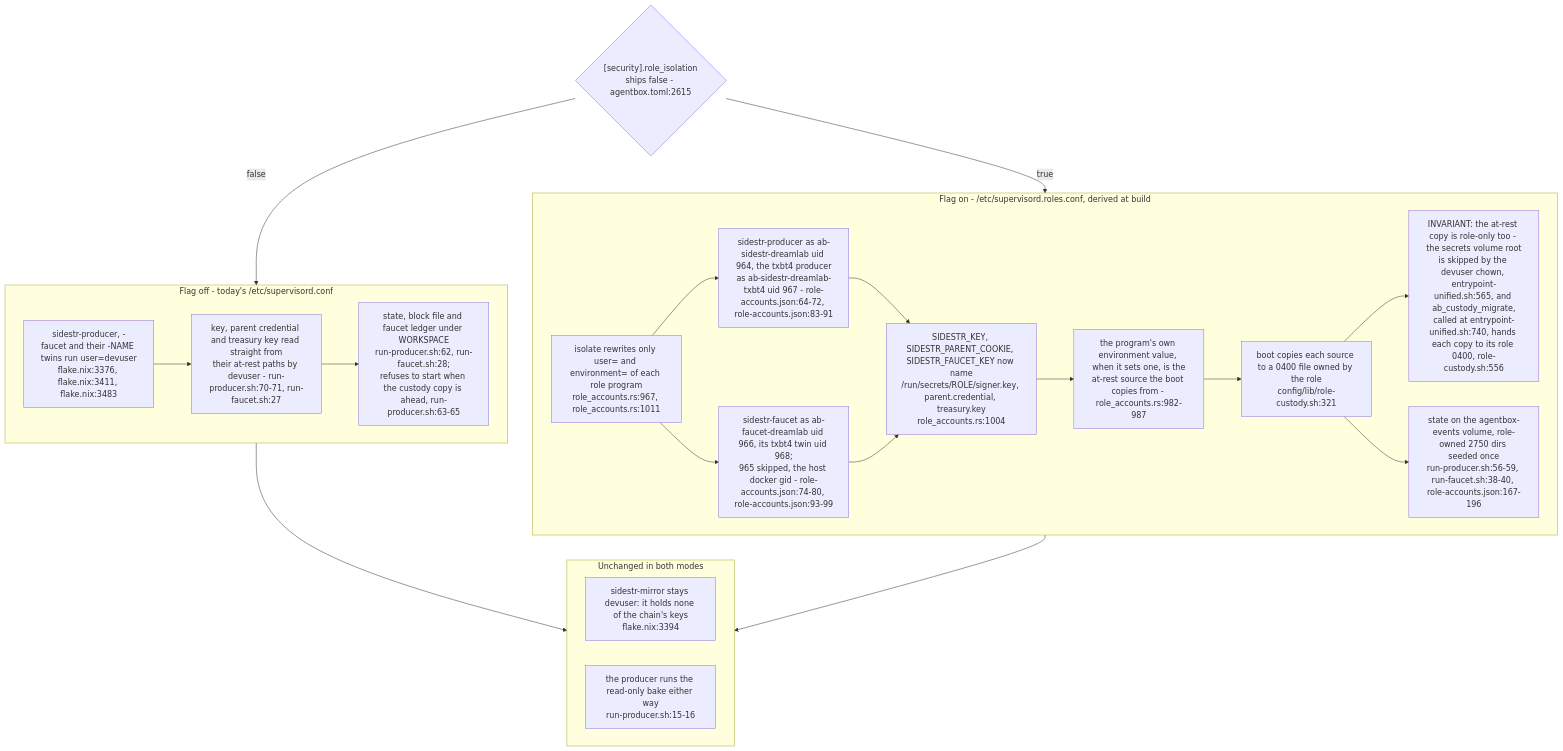
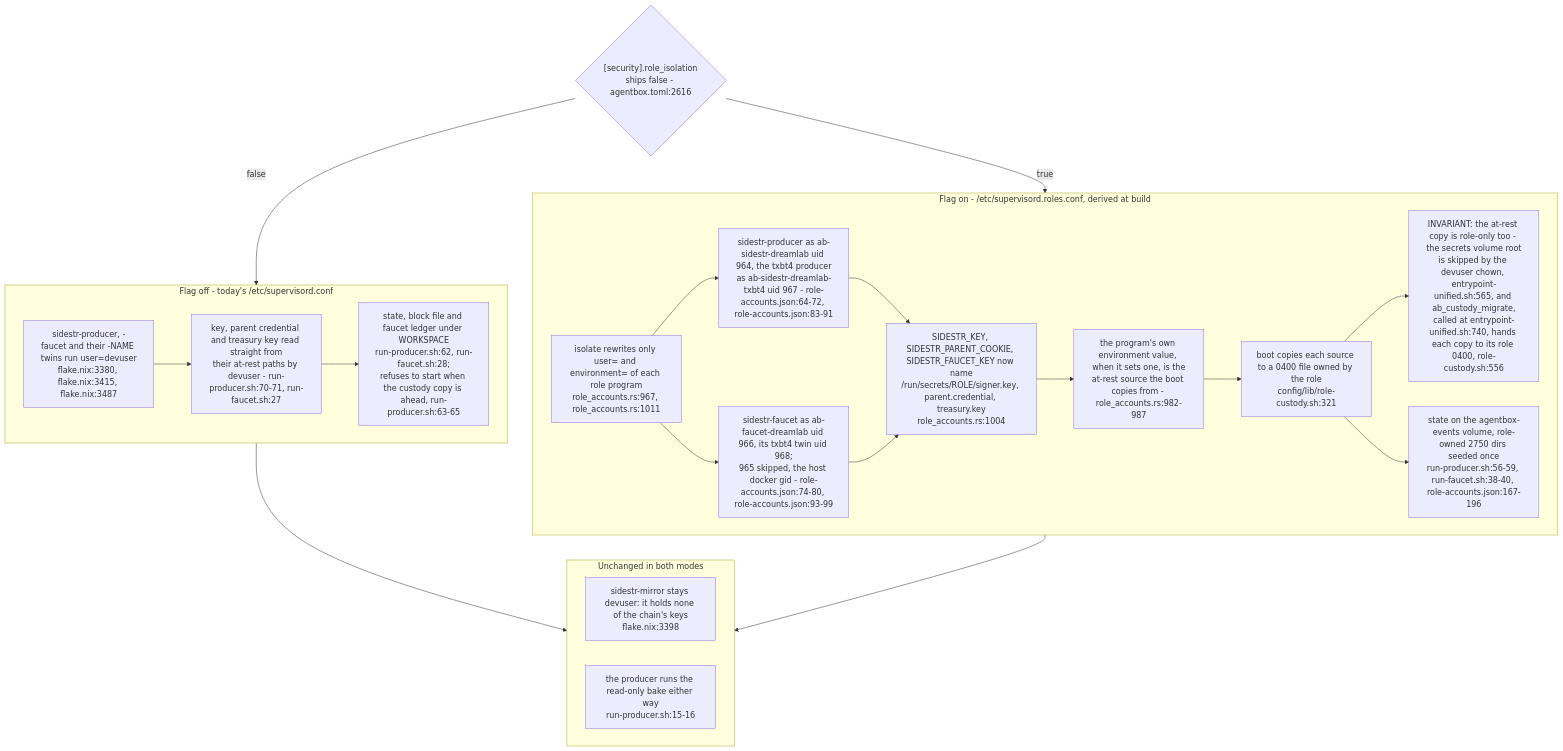
The sixth of 7 diagrams in docs/diagrams/agentbox/34-sidestr-interim-producer-and-mirror.md (DreamLab-AI/VisionFlow), drawn with Mermaid before and after one commit. The commit also changed other lines of this file and 6 other files, not shown here.

First line of the commit message:
docs(diagrams): agentbox pass B at agentbox 1ea5494 (PRs #52, #53)

````diff
--- a/docs/diagrams/agentbox/34-sidestr-interim-producer-and-mirror.md
+++ b/docs/diagrams/agentbox/34-sidestr-interim-producer-and-mirror.md
@@ -253,33 +255,33 @@
 ```mermaid
 flowchart TB
-    FLAG{"[security].role_isolation<br/>ships false - agentbox.toml:2615"}
+    FLAG{"[security].role_isolation<br/>ships false - agentbox.toml:2616"}
     subgraph off["Flag off - today's /etc/supervisord.conf"]
-        O1["sidestr-producer, -faucet and their -NAME twins run user=devuser<br/>flake.nix:3376, flake.nix:3411, flake.nix:3483"]
+        O1["sidestr-producer, -faucet and their -NAME twins run user=devuser<br/>flake.nix:3380, flake.nix:3415, flake.nix:3487"]
         O2["key, parent credential and treasury key read straight from<br/>their at-rest paths by devuser - run-producer.sh:70-71, run-faucet.sh:27"]
         O3["state, block file and faucet ledger under WORKSPACE<br/>run-producer.sh:62, run-faucet.sh:28;<br/>refuses to start when the custody copy is ahead, run-producer.sh:63-65"]
         O1 --> O2 --> O3
     end
     subgraph on["Flag on - /etc/supervisord.roles.conf, derived at build"]
         R1["isolate rewrites only user= and environment= of each role program<br/>role_accounts.rs:967, role_accounts.rs:1011"]
         R2["sidestr-producer as ab-sidestr-dreamlab uid 964, the txbt4 producer<br/>as ab-sidestr-dreamlab-txbt4 uid 967 - role-accounts.json:64-72, role-accounts.json:83-91"]
         R3["sidestr-faucet as ab-faucet-dreamlab uid 966, its txbt4 twin uid 968;<br/>965 skipped, the host docker gid - role-accounts.json:74-80, role-accounts.json:93-99"]
         R4["SIDESTR_KEY, SIDESTR_PARENT_COOKIE, SIDESTR_FAUCET_KEY now name<br/>/run/secrets/ROLE/signer.key, parent.credential, treasury.key<br/>role_accounts.rs:1004"]
         R5["the program's own environment value, when it sets one, is the<br/>at-rest source the boot copies from - role_accounts.rs:982-987"]
         R6["boot copies each source to a 0400 file owned by the role<br/>config/lib/role-custody.sh:321"]
         R7["INVARIANT: the at-rest copy is role-only too - the secrets volume root<br/>is skipped by the devuser chown, entrypoint-unified.sh:565, and ab_custody_migrate,<br/>called at entrypoint-unified.sh:740, hands each copy to its role 0400, role-custody.sh:556"]
         R8["state on the agentbox-events volume, role-owned 2750 dirs seeded once<br/>run-producer.sh:56-59, run-faucet.sh:38-40, role-accounts.json:167-196"]
         R6 --> R7
         R6 --> R8
         R1 --> R2 --> R4
         R1 --> R3 --> R4
         R4 --> R5 --> R6
     end
     subgraph same["Unchanged in both modes"]
-        U1["sidestr-mirror stays devuser: it holds none of the chain's keys<br/>flake.nix:3394"]
+        U1["sidestr-mirror stays devuser: it holds none of the chain's keys<br/>flake.nix:3398"]
         U2["the producer runs the read-only bake either way<br/>run-producer.sh:15-16"]
     end
     FLAG -->|false| off
     FLAG -->|true| on
     off --> same
     on --> same
 ```
````
